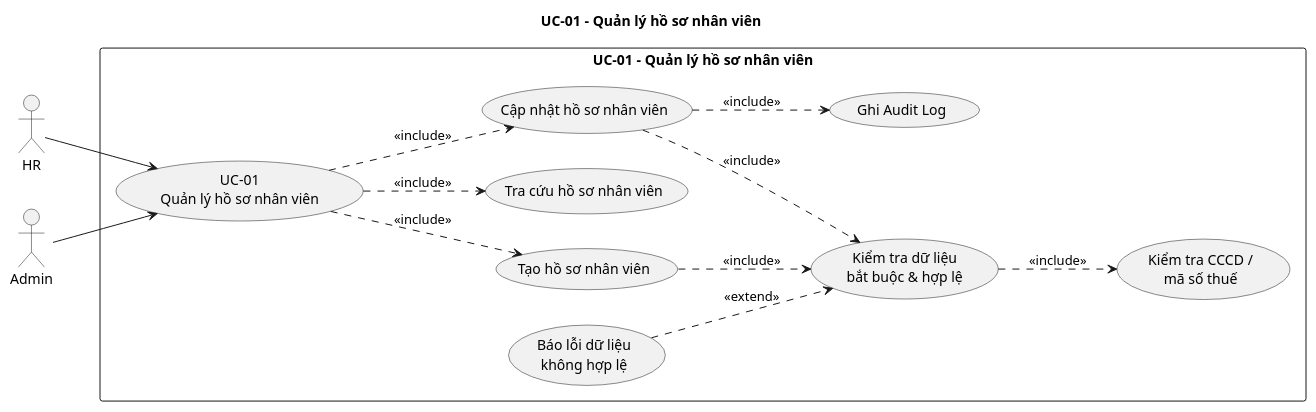
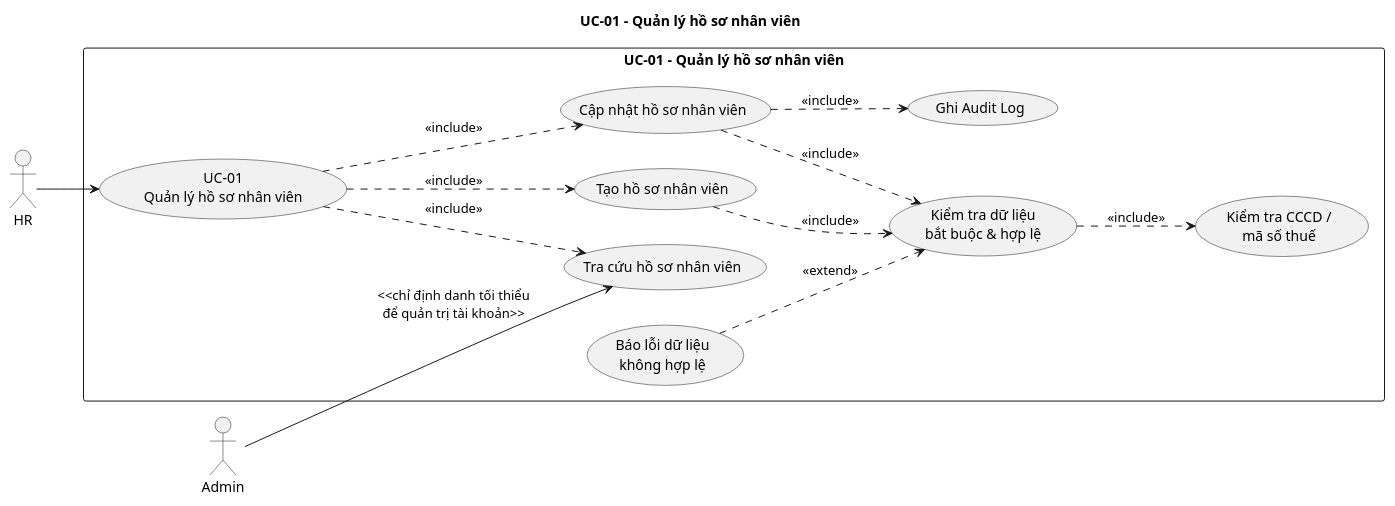
One commit to gihan160306/HRFlow changed the diagram in docs/uml/usecase/uc01_employee_profile.puml. Above: the diagram before and after it, drawn with PlantUML. The commit also changed 16 other files, not shown here.

```diff
--- a/docs/uml/usecase/uc01_employee_profile.puml
+++ b/docs/uml/usecase/uc01_employee_profile.puml
@@ -1,41 +1,41 @@
 @startuml
 title UC-01 - Quản lý hồ sơ nhân viên
 
 left to right direction
 skinparam shadowing false
 
 actor "HR" as HR
 actor "Admin" as Admin
 
 rectangle "UC-01 - Quản lý hồ sơ nhân viên" {
 
     usecase "UC-01\nQuản lý hồ sơ nhân viên" as UC01
 
     usecase "Tạo hồ sơ nhân viên" as Create
     usecase "Tra cứu hồ sơ nhân viên" as Search
     usecase "Cập nhật hồ sơ nhân viên" as Update
 
     usecase "Kiểm tra dữ liệu\nbắt buộc & hợp lệ" as Validate
     usecase "Kiểm tra CCCD /\nmã số thuế" as ValidateIdentity
     usecase "Ghi Audit Log" as Audit
 
     usecase "Báo lỗi dữ liệu\nkhông hợp lệ" as ValidationError
 }
 
 HR --> UC01
-Admin --> UC01
+Admin --> Search : <<chỉ định danh tối thiểu\nđể quản trị tài khoản>>
 
 UC01 ..> Create : <<include>>
 UC01 ..> Search : <<include>>
 UC01 ..> Update : <<include>>
 
 Create ..> Validate : <<include>>
 Update ..> Validate : <<include>>
 
 Validate ..> ValidateIdentity : <<include>>
 
 ValidationError ..> Validate : <<extend>>
 
 Update ..> Audit : <<include>>
 
 @enduml
```
